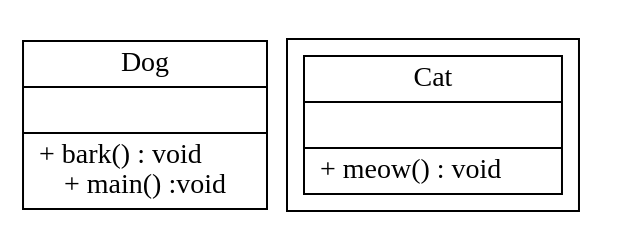
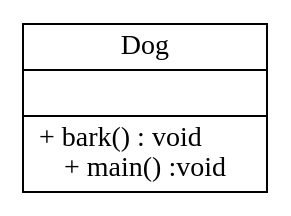
One commit to sisyphus1212/note changed the diagram in dpdk/内存管理.md. Above: the diagram before and after it, drawn with Graphviz.

Commit message:
auto_update

````diff
--- a/dpdk/内存管理.md
+++ b/dpdk/内存管理.md
@@ -16,9 +16,5 @@
 ```graphviz
 digraph {
 	Dog[label = "{Dog| |+ bark() : void\l + main() :void}" , shape = "record"];
-    subgraph clusterAnimalImpl{
-
-		Cat[label = "{Cat| |+ meow() : void\l}" , shape = "record"];
-	};
 }
 ```
````
